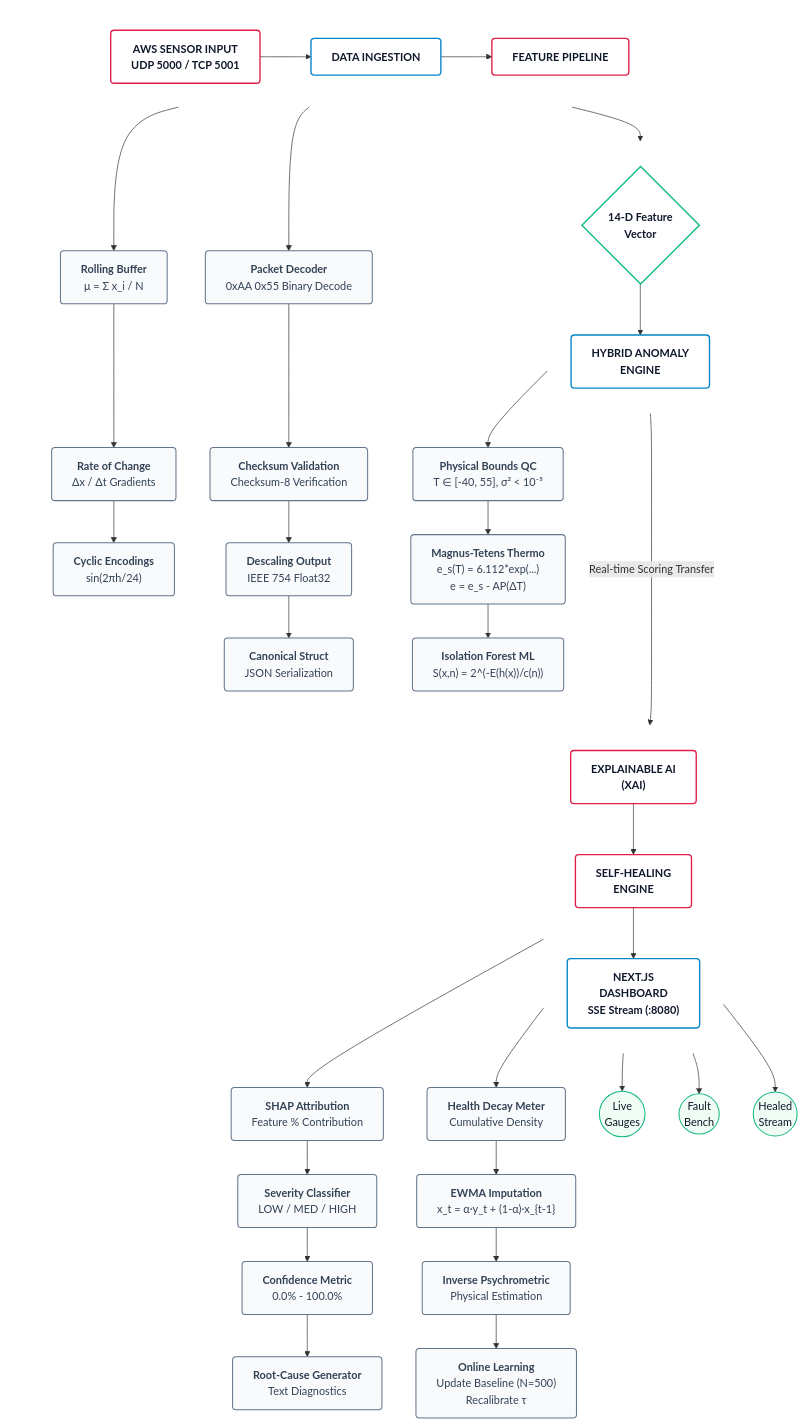
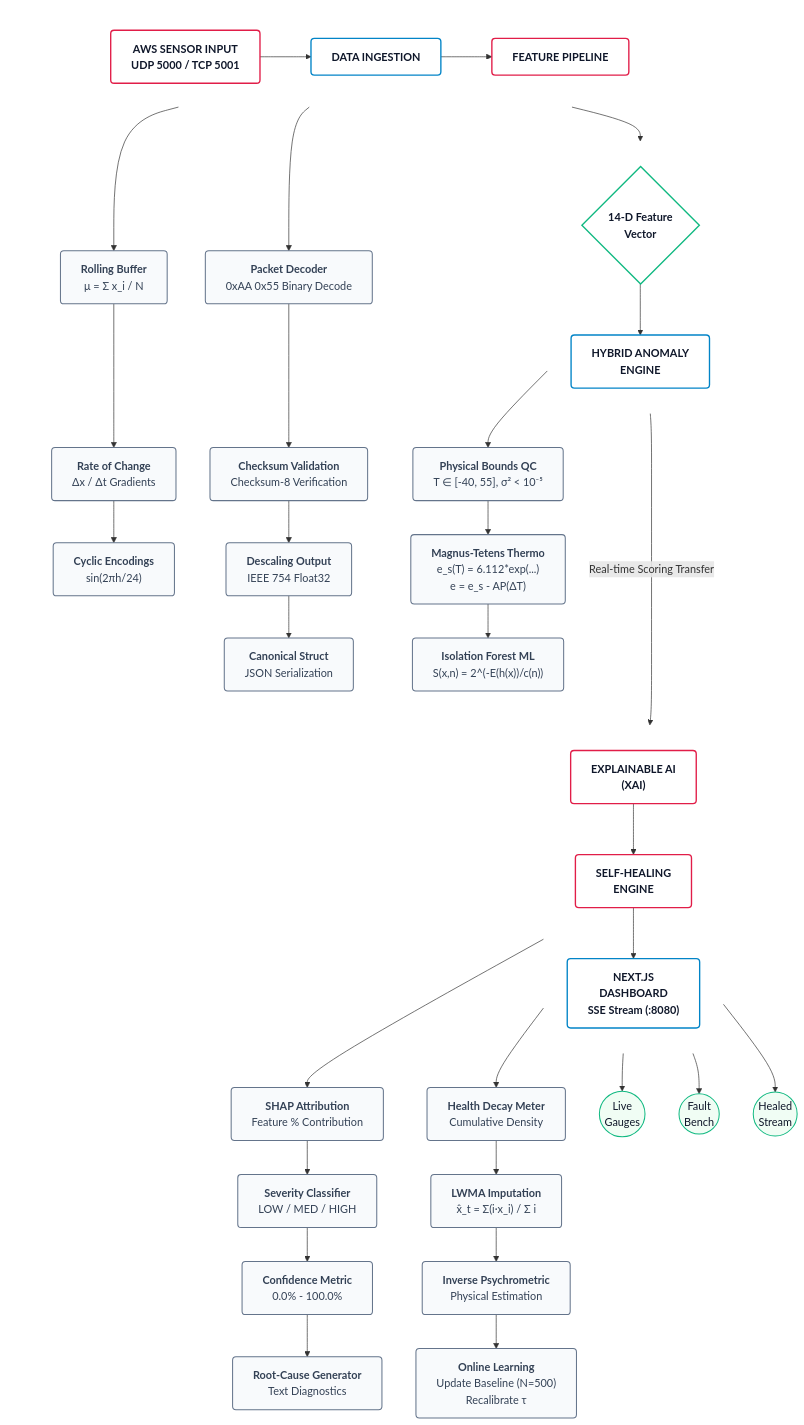
One commit to Chhayakanta-Maharana/AWS_SkyGuard_Station changed the diagram in SIH_PS_26073_PROJECT_DOCUMENTATION.md. Above: the diagram before and after it, drawn with Mermaid. The commit also changed other lines of this file and 16 other files, not shown here.

````diff
--- a/SIH_PS_26073_PROJECT_DOCUMENTATION.md
+++ b/SIH_PS_26073_PROJECT_DOCUMENTATION.md
@@ -25,76 +25,76 @@
 ```mermaid
 flowchart TD
     classDef mainBox fill:#ffffff,stroke:#e11d48,stroke-width:2px,color:#0f172a,font-weight:bold,rx:5px,ry:5px;
     classDef blueBox fill:#ffffff,stroke:#0284c7,stroke-width:2px,color:#0f172a,font-weight:bold,rx:5px,ry:5px;
     classDef subBox fill:#f8fafc,stroke:#64748b,stroke-width:1.5px,color:#334155,rx:5px,ry:5px;
     classDef diamondBox fill:#ffffff,stroke:#10b981,stroke-width:2px,color:#0f172a,font-weight:bold;
     classDef circleBox fill:#f0fdf4,stroke:#10b981,stroke-width:1.5px,color:#0f172a,shape:circle;
 
     %% 1. THE TOP CURVE (Left to Right)
     subgraph TopCurve [ ]
         direction LR
         INP["AWS SENSOR INPUT<br/>UDP 5000 / TCP 5001"]:::mainBox
         ING["DATA INGESTION"]:::blueBox
         FEAT["FEATURE PIPELINE"]:::mainBox
         INP --> ING --> FEAT
     end
 
     %% 2. THE RIGHT DROP (Top Right going Down)
     subgraph RightDrop [ ]
         direction TD
         VEC{"14-D Feature<br/>Vector"}:::diamondBox
         ENG["HYBRID ANOMALY<br/>ENGINE"]:::blueBox
         VEC --> ENG
     end
     FEAT --> VEC
 
     %% 3. THE STEM (Middle going Down)
     subgraph Stem [ ]
         direction TD
         XAI["EXPLAINABLE AI<br/>(XAI)"]:::mainBox
         HEAL["SELF-HEALING<br/>ENGINE"]:::mainBox
         DASH["NEXT.JS<br/>DASHBOARD<br/>SSE Stream (:8080)"]:::blueBox
         XAI --> HEAL --> DASH
     end
     ENG ----->|Real-time Scoring Transfer| XAI
 
     %% --- FORCE THE QUESTION MARK (?) LAYOUT ---
     %% Push XAI exactly under ING (center)
     ING ~~~ XAI
     %% Push the left side away to curve it
     INP ~~~ INV_SPACE[ ] ~~~ XAI
     
     %% --- SUB-BRANCHES (Kept exactly as they were without adding new things) ---
     ING --> ING1["<b>Packet Decoder</b><br/>0xAA 0x55 Binary Decode"]:::subBox
     ING1 --> ING2["<b>Checksum Validation</b><br/>Checksum-8 Verification"]:::subBox
     ING2 --> ING3["<b>Descaling Output</b><br/>IEEE 754 Float32"]:::subBox
     ING3 --> ING4["<b>Canonical Struct</b><br/>JSON Serialization"]:::subBox
 
     FEAT --> FEAT1["<b>Rolling Buffer</b><br/>μ = Σ x_i / N"]:::subBox
     FEAT1 --> FEAT2["<b>Rate of Change</b><br/>Δx / Δt Gradients"]:::subBox
     FEAT2 --> FEAT3["<b>Cyclic Encodings</b><br/>sin(2πh/24)"]:::subBox
 
     ENG --> ENG1["<b>Physical Bounds QC</b><br/>T ∈ [-40, 55], σ² < 10⁻⁵"]:::subBox
     ENG1 --> ENG2["<b>Magnus-Tetens Thermo</b><br/>e_s(T) = 6.112*exp(...)<br/>e = e_s - AP(ΔT)"]:::subBox
     ENG2 --> ENG3["<b>Isolation Forest ML</b><br/>S(x,n) = 2^(-E(h(x))/c(n))"]:::subBox
 
     XAI --> XAI1["<b>SHAP Attribution</b><br/>Feature % Contribution"]:::subBox
     XAI1 --> XAI2["<b>Severity Classifier</b><br/>LOW / MED / HIGH"]:::subBox
     XAI2 --> XAI3["<b>Confidence Metric</b><br/>0.0% - 100.0%"]:::subBox
     XAI3 --> XAI4["<b>Root-Cause Generator</b><br/>Text Diagnostics"]:::subBox
 
     HEAL --> HEAL1["<b>Health Decay Meter</b><br/>Cumulative Density"]:::subBox
-    HEAL1 --> HEAL2["<b>EWMA Imputation</b><br/>x_t = α·y_t + (1-α)·x_{t-1}"]:::subBox
+    HEAL1 --> HEAL2["<b>LWMA Imputation</b><br/>x̂_t = Σ(i·x_i) / Σ i"]:::subBox
     HEAL2 --> HEAL3["<b>Inverse Psychrometric</b><br/>Physical Estimation"]:::subBox
     HEAL3 --> HEAL4["<b>Online Learning</b><br/>Update Baseline (N=500)<br/>Recalibrate τ"]:::subBox
 
     DASH --> C1(("Live<br/>Gauges")):::circleBox
     DASH --> C2(("Fault<br/>Bench")):::circleBox
     DASH --> C3(("Healed<br/>Stream")):::circleBox
 
     %% Styling to hide construction boxes
     style TopCurve fill:none,stroke:none
     style RightDrop fill:none,stroke:none
     style Stem fill:none,stroke:none
     style INV_SPACE fill:none,stroke:none,color:none
 ```
````
